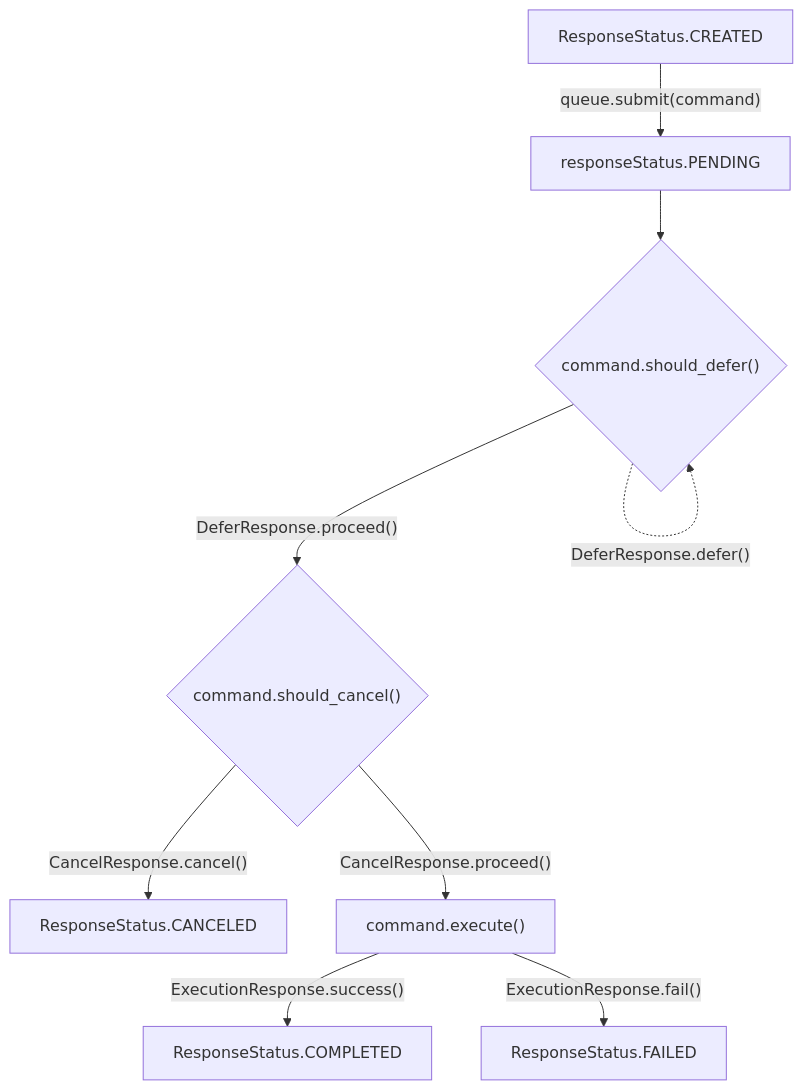
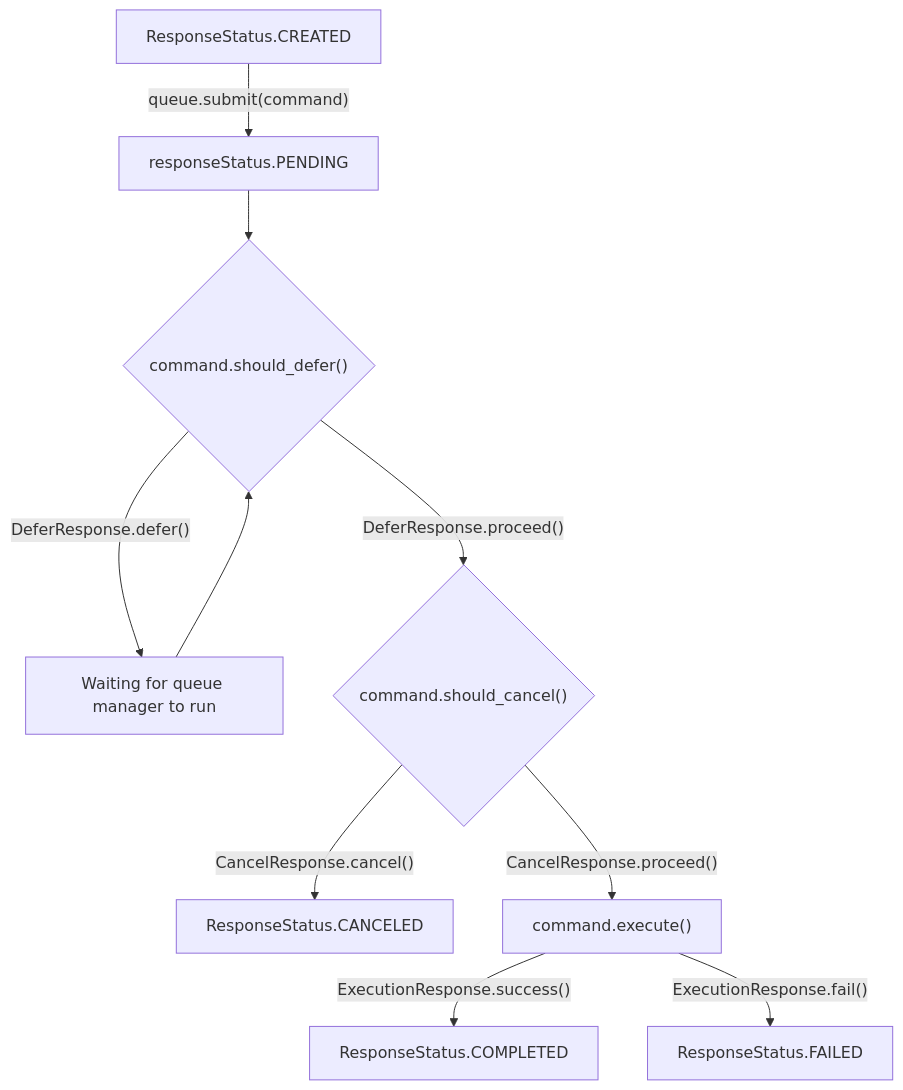
One commit to alec-zaiane/command-system changed the diagram in README.md. Above: the diagram before and after it, drawn with Mermaid.

Commit message:
docs: fix lifecycle flowchart again due to github rendering

````diff
--- a/README.md
+++ b/README.md
@@ -4,11 +4,12 @@
 ```mermaid
 flowchart TD
     A[ResponseStatus.CREATED] -->|"queue.submit(command)"| B[responseStatus.PENDING]
     B --> C{"command.should_defer()"}
-    C -.->|"DeferResponse.defer()"| C
+    C -->|"DeferResponse.defer()"| W["Waiting for queue manager to run"]
+    W --> C
     C -->|"DeferResponse.proceed()"| D{"command.should_cancel()"}
     D -->|"CancelResponse.cancel()"| E[ResponseStatus.CANCELED]
     D -->|"CancelResponse.proceed()"| F["command.execute()"]
     F -->|"ExecutionResponse.success()"| G["ResponseStatus.COMPLETED"]
     F -->|"ExecutionResponse.fail()"| H["ResponseStatus.FAILED"]
 ```
````
